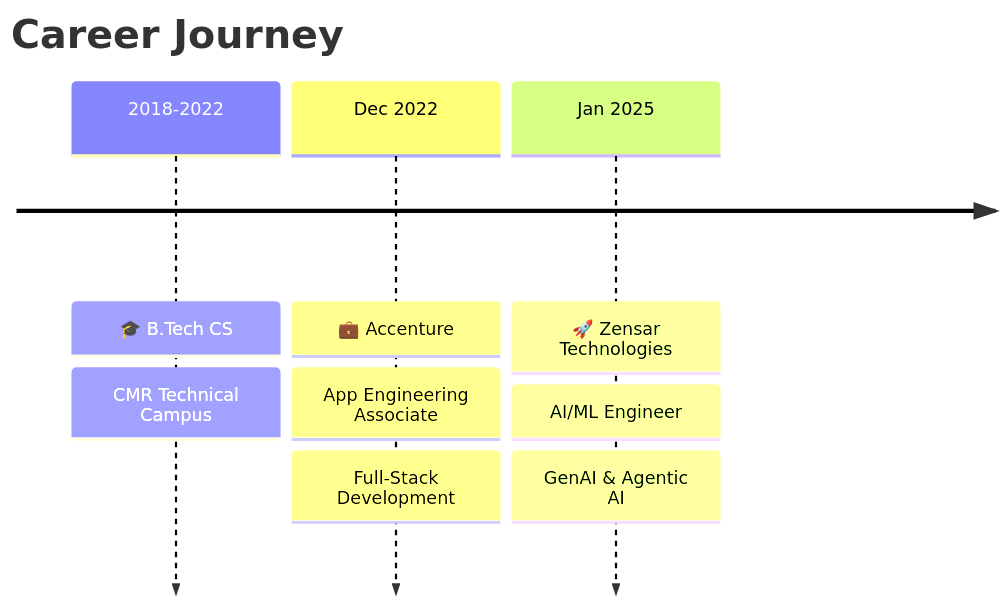
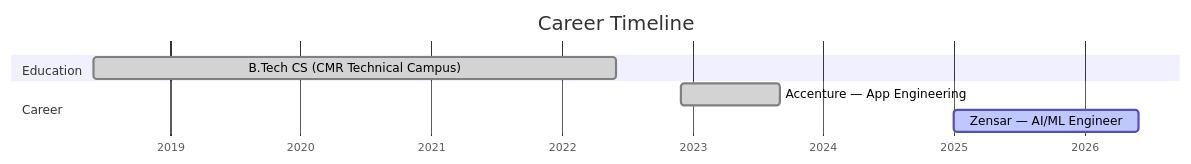
The diagram in README.md (SriramMakkapati/SriramMakkapati), drawn with Mermaid before and after one commit. The commit also changed other lines of this file, not shown here.

````diff
--- a/README.md
+++ b/README.md
@@ -126,12 +136,13 @@
 ```mermaid
-timeline
-    title Career Journey
-    2018-2022 : 🎓 B.Tech CS
-             : CMR Technical Campus
-    Dec 2022 : 💼 Accenture
-             : App Engineering Associate
-             : Full-Stack Development
-    Jan 2025 : 🚀 Zensar Technologies
-             : AI/ML Engineer
-             : GenAI & Agentic AI
+gantt
+    title Career Timeline
+    dateFormat  YYYY-MM
+    axisFormat  %Y
+    
+    section Education
+    B.Tech CS (CMR Technical Campus)    :done, 2018-06, 2022-06
+    
+    section Career
+    Accenture — App Engineering         :done, 2022-12, 2023-09
+    Zensar — AI/ML Engineer             :active, 2025-01, 2026-06
 ```
````
